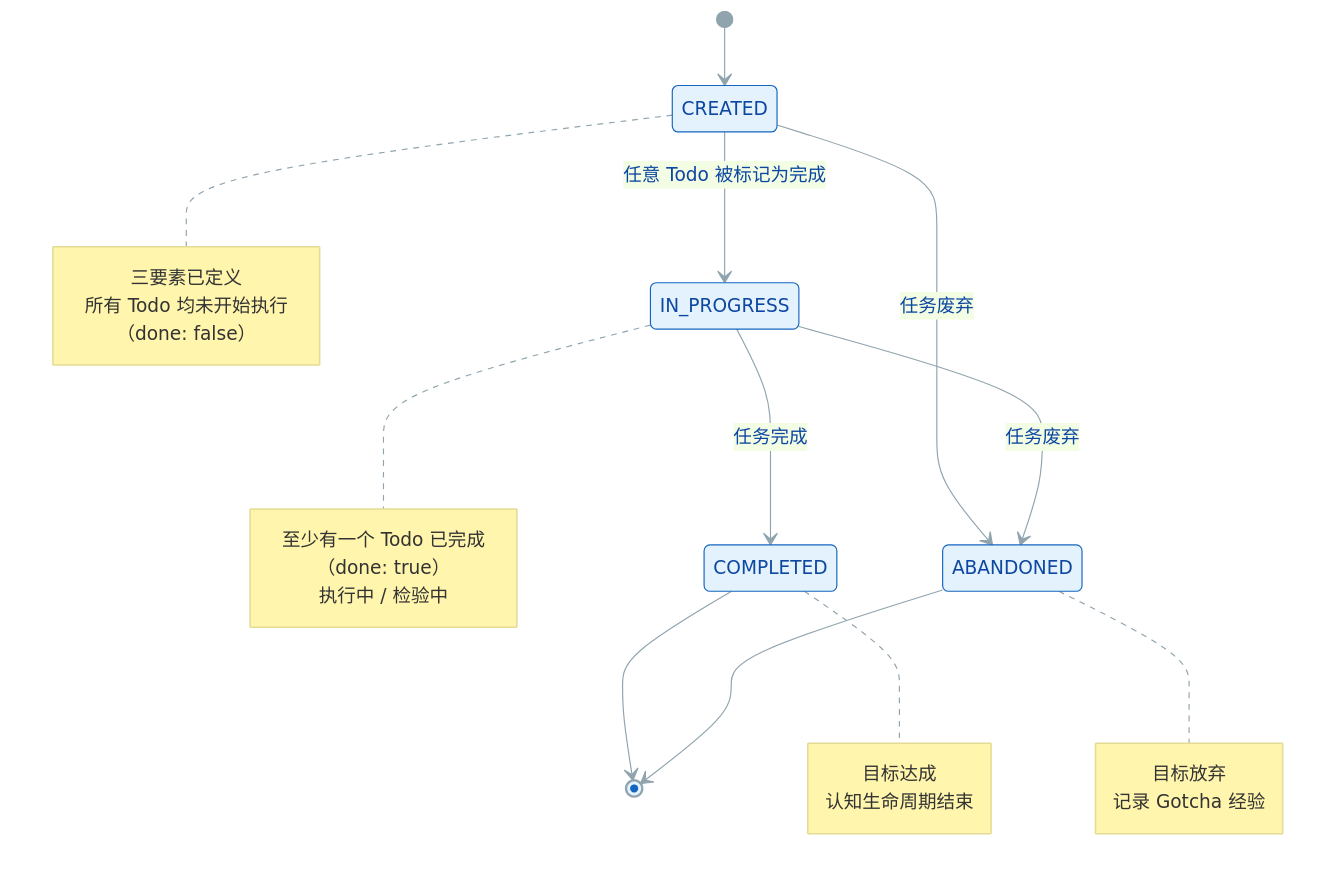
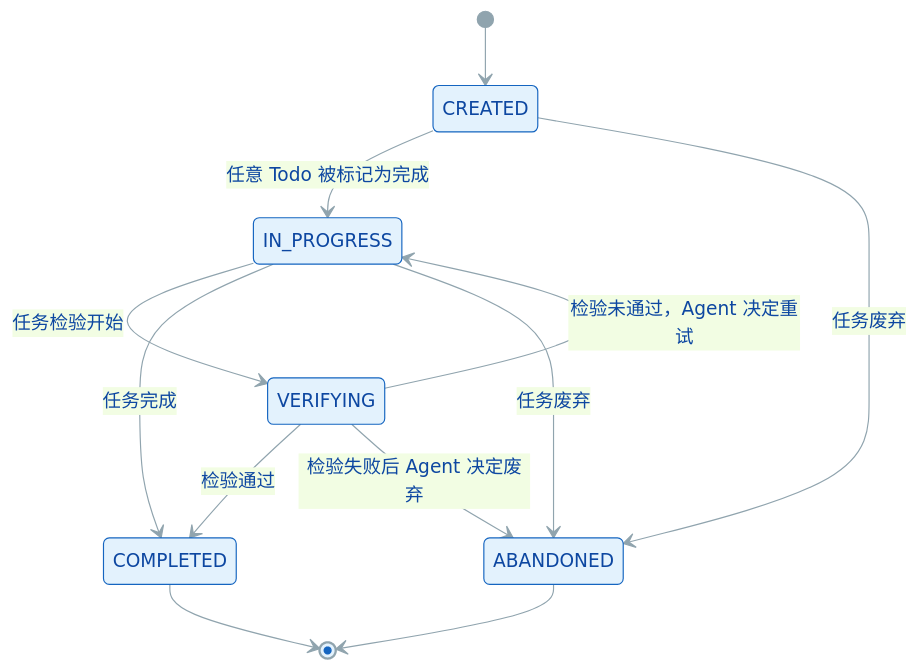
Before and after one commit to Lazyn0tBug/mem0ress: the ninth of 9 diagrams in docs/spec.md, drawn with Mermaid. The commit also changed other lines of this file, not shown here.

````diff
--- a/docs/spec.md
+++ b/docs/spec.md
@@ -693,29 +615,16 @@
 ```mermaid
 %% label：Task 生命周期状态机
 %%{ init: { 'theme': 'base', 'themeVariables': { 'primaryColor': '#e3f2fd', 'primaryTextColor': '#0d47a1', 'primaryBorderColor': '#1565c0', 'lineColor': '#90a4ae' } } }%%
 stateDiagram-v2
     [*] --> CREATED
     CREATED --> IN_PROGRESS : 任意 Todo 被标记为完成
     CREATED --> ABANDONED : 任务废弃
+    IN_PROGRESS --> VERIFYING : 任务检验开始
+    VERIFYING --> IN_PROGRESS : 检验未通过，Agent 决定重试
+    VERIFYING --> COMPLETED : 检验通过
+    VERIFYING --> ABANDONED : 检验失败后 Agent 决定废弃
     IN_PROGRESS --> COMPLETED : 任务完成
     IN_PROGRESS --> ABANDONED : 任务废弃
     COMPLETED --> [*]
     ABANDONED --> [*]
-
-    note right of CREATED
-        三要素已定义
-        所有 Todo 均未开始执行（done: false）
-    end note
-    note right of IN_PROGRESS
-        至少有一个 Todo 已完成（done: true）
-        执行中 / 检验中
-    end note
-    note right of COMPLETED
-        目标达成
-        认知生命周期结束
-    end note
-    note right of ABANDONED
-        目标放弃
-        记录 Gotcha 经验
-    end note
 ```
````
